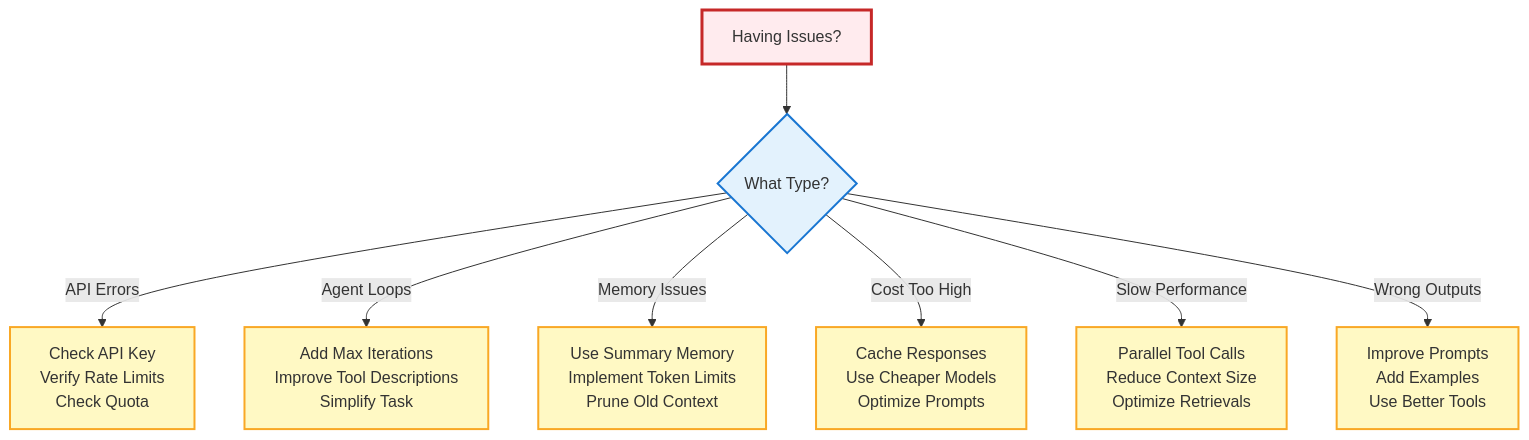
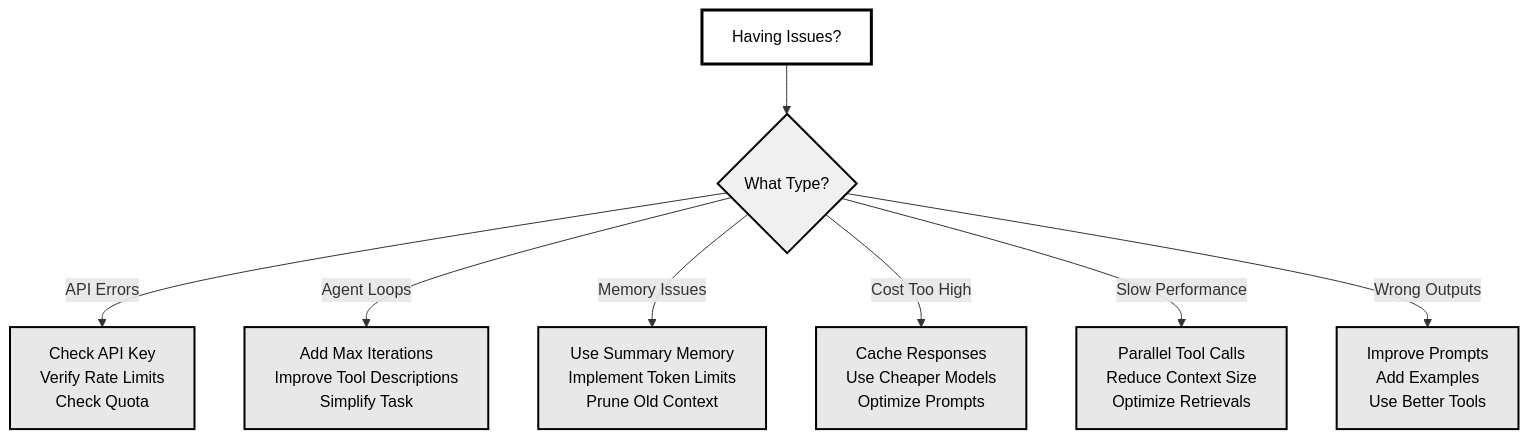
The sixth of 6 diagrams in Agents/README.md (nexageapps/AI), drawn with Mermaid before and after one commit. The commit also changed other lines of this file and 1 other file, not shown here.

````diff
--- a/Agents/README.md
+++ b/Agents/README.md
@@ -708,19 +708,19 @@
 ```mermaid
 graph TD
     A["Having Issues?"] --> B{"What Type?"}
     B -->|"API Errors"| C["Check API Key<br/>Verify Rate Limits<br/>Check Quota"]
     B -->|"Agent Loops"| D["Add Max Iterations<br/>Improve Tool Descriptions<br/>Simplify Task"]
     B -->|"Memory Issues"| E["Use Summary Memory<br/>Implement Token Limits<br/>Prune Old Context"]
     B -->|"Cost Too High"| F["Cache Responses<br/>Use Cheaper Models<br/>Optimize Prompts"]
     B -->|"Slow Performance"| G["Parallel Tool Calls<br/>Reduce Context Size<br/>Optimize Retrievals"]
     B -->|"Wrong Outputs"| H["Improve Prompts<br/>Add Examples<br/>Use Better Tools"]
     
-    style A fill:#ffebee,stroke:#c62828,stroke-width:3px
-    style B fill:#e3f2fd,stroke:#1976d2,stroke-width:2px
-    style C fill:#fff9c4,stroke:#f9a825,stroke-width:2px
-    style D fill:#fff9c4,stroke:#f9a825,stroke-width:2px
-    style E fill:#fff9c4,stroke:#f9a825,stroke-width:2px
-    style F fill:#fff9c4,stroke:#f9a825,stroke-width:2px
-    style G fill:#fff9c4,stroke:#f9a825,stroke-width:2px
-    style H fill:#fff9c4,stroke:#f9a825,stroke-width:2px
+    style A fill:#ffffff,stroke:#000000,stroke-width:3px,color:#000000
+    style B fill:#f0f0f0,stroke:#000000,stroke-width:2px,color:#000000
+    style C fill:#e8e8e8,stroke:#000000,stroke-width:2px,color:#000000
+    style D fill:#e8e8e8,stroke:#000000,stroke-width:2px,color:#000000
+    style E fill:#e8e8e8,stroke:#000000,stroke-width:2px,color:#000000
+    style F fill:#e8e8e8,stroke:#000000,stroke-width:2px,color:#000000
+    style G fill:#e8e8e8,stroke:#000000,stroke-width:2px,color:#000000
+    style H fill:#e8e8e8,stroke:#000000,stroke-width:2px,color:#000000
 ```
````
